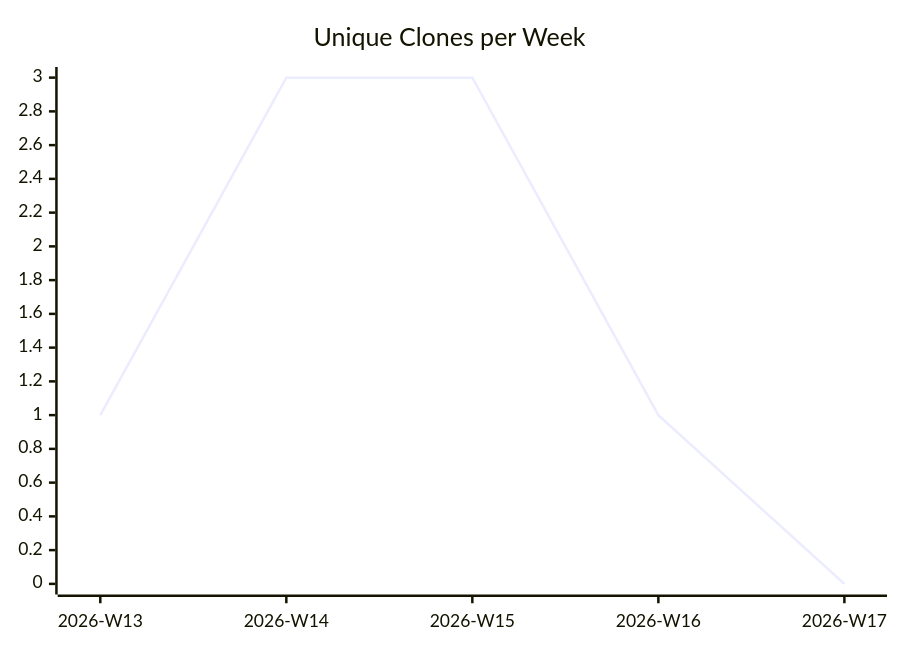
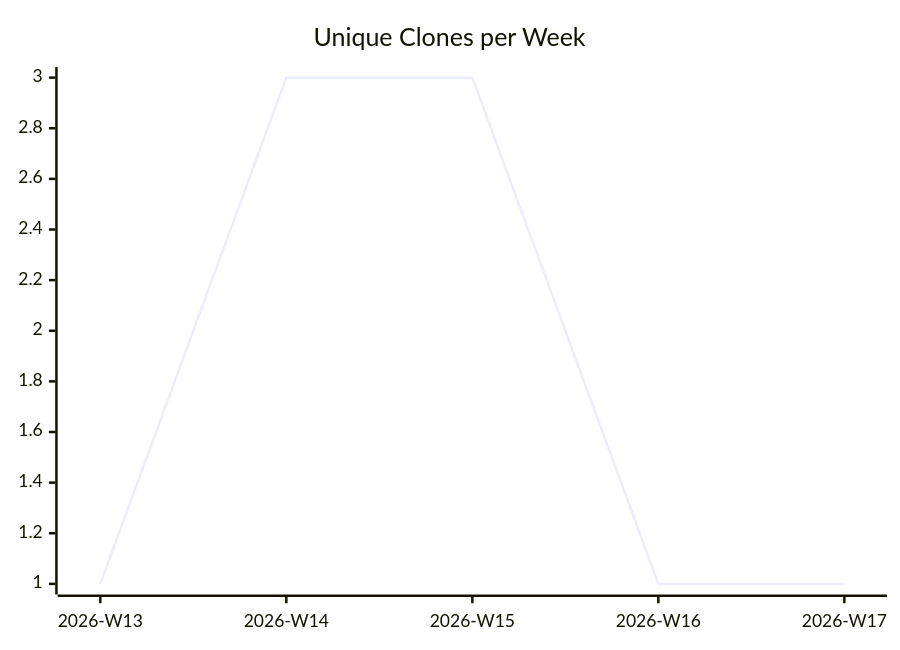
One commit to justdavis-family/github-analytics-data changed the third of 3 diagrams in karlmdavis/puppet-sonar/README.md. Above: the diagram before and after it, drawn with Mermaid. The commit also changed other lines of this file and 198 other files, not shown here.

````diff
--- a/karlmdavis/puppet-sonar/README.md
+++ b/karlmdavis/puppet-sonar/README.md
@@ -19,6 +19,6 @@
 ```mermaid
 xychart-beta
   title "Unique Clones per Week"
   x-axis ["2026-W13", "2026-W14", "2026-W15", "2026-W16", "2026-W17"]
-  line [1, 3, 3, 1, 0]
+  line [1, 3, 3, 1, 1]
 ```
````
